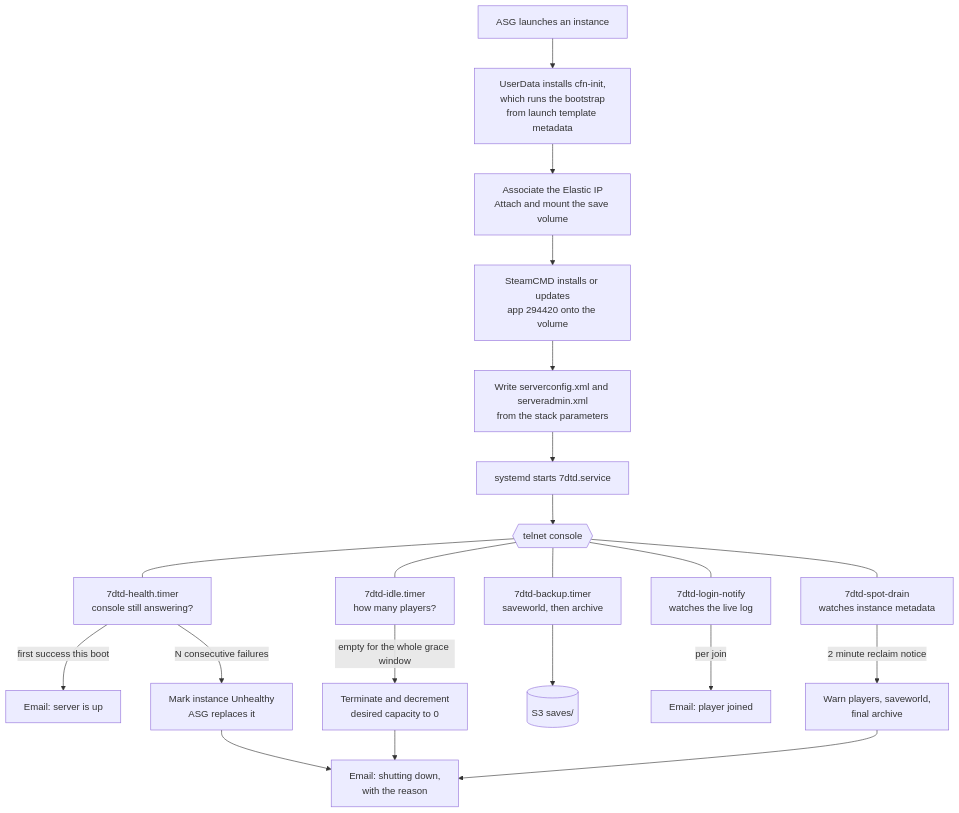
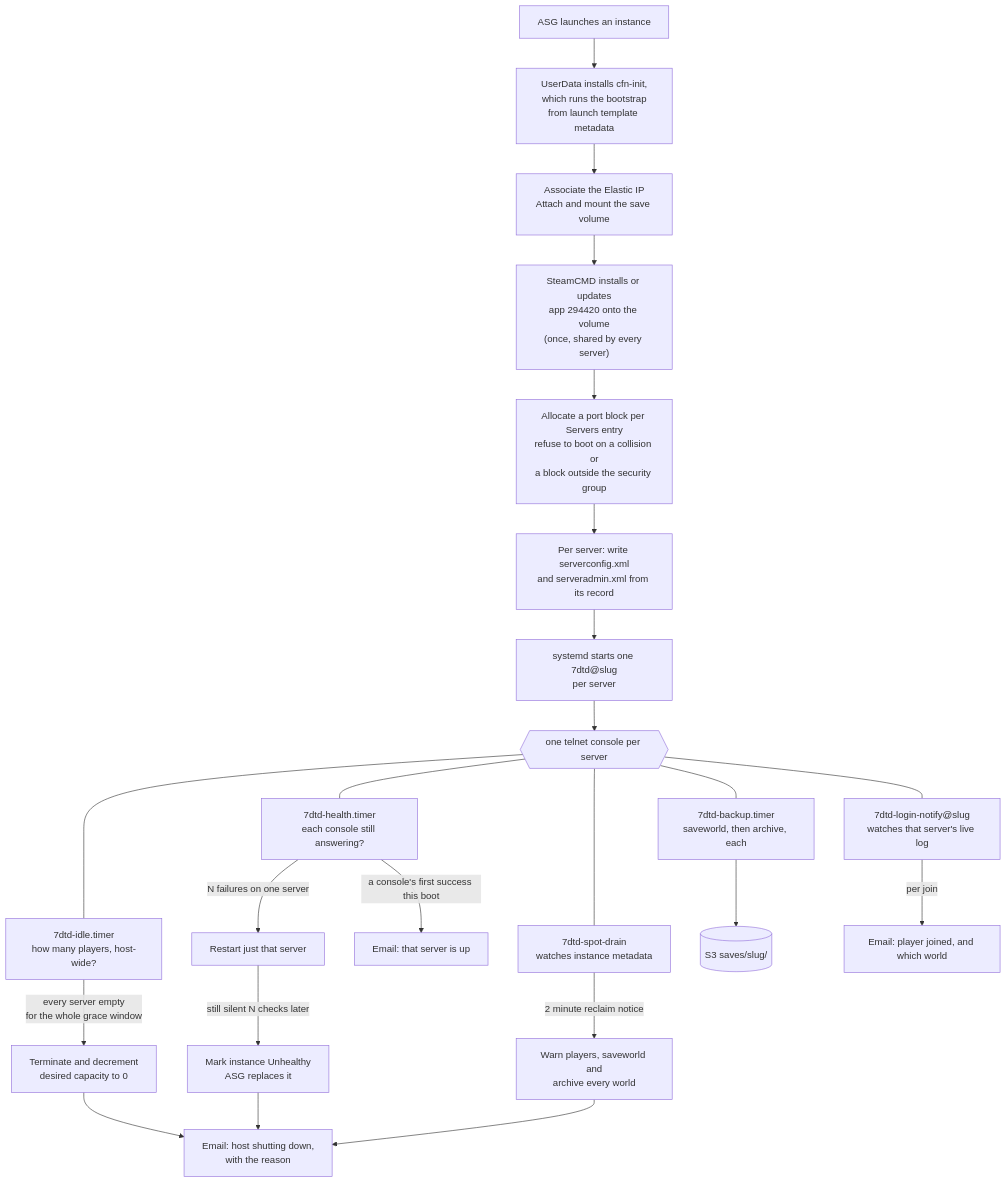
One commit to rupertbg/aws-7days-server changed the second of 2 diagrams in README.md. Above: the diagram before and after it, drawn with Mermaid. The commit also changed other lines of this file and 7 other files, not shown here.

First line of the commit message:
feat: run several dedicated servers on one EC2 instance

````diff
--- a/README.md
+++ b/README.md
@@ -63,25 +69,27 @@
 ```mermaid
 flowchart TB
   boot["ASG launches an instance"] --> init["UserData installs cfn-init,<br/>which runs the bootstrap<br/>from launch template metadata"]
   init --> claim["Associate the Elastic IP<br/>Attach and mount the save volume"]
-  claim --> steam["SteamCMD installs or updates<br/>app 294420 onto the volume"]
-  steam --> cfg["Write serverconfig.xml and serveradmin.xml<br/>from the stack parameters"]
-  cfg --> run["systemd starts 7dtd.service"]
-  run --> console{{"telnet console"}}
+  claim --> steam["SteamCMD installs or updates<br/>app 294420 onto the volume<br/>(once, shared by every server)"]
+  steam --> ports["Allocate a port block per Servers entry<br/>refuse to boot on a collision or<br/>a block outside the security group"]
+  ports --> cfg["Per server: write serverconfig.xml<br/>and serveradmin.xml from its record"]
+  cfg --> run["systemd starts one 7dtd@slug<br/>per server"]
+  run --> console{{"one telnet console per server"}}
 
-  console --- health["7dtd-health.timer<br/>console still answering?"]
-  console --- idle["7dtd-idle.timer<br/>how many players?"]
-  console --- backup["7dtd-backup.timer<br/>saveworld, then archive"]
-  console --- login["7dtd-login-notify<br/>watches the live log"]
+  console --- health["7dtd-health.timer<br/>each console still answering?"]
+  console --- idle["7dtd-idle.timer<br/>how many players, host-wide?"]
+  console --- backup["7dtd-backup.timer<br/>saveworld, then archive, each"]
+  console --- login["7dtd-login-notify@slug<br/>watches that server's live log"]
   console --- spot["7dtd-spot-drain<br/>watches instance metadata"]
 
-  health -->|first success this boot| up["Email: server is up"]
-  health -->|N consecutive failures| unhealthy["Mark instance Unhealthy<br/>ASG replaces it"]
-  idle -->|empty for the whole grace window| zero["Terminate and decrement<br/>desired capacity to 0"]
-  backup --> s3[("S3 saves/")]
-  login -->|per join| joined["Email: player joined"]
-  spot -->|2 minute reclaim notice| drain["Warn players, saveworld,<br/>final archive"]
-  zero --> stopmail["Email: shutting down,<br/>with the reason"]
+  health -->|a console's first success this boot| up["Email: that server is up"]
+  health -->|N failures on one server| restart["Restart just that server"]
+  restart -->|still silent N checks later| unhealthy["Mark instance Unhealthy<br/>ASG replaces it"]
+  idle -->|every server empty<br/>for the whole grace window| zero["Terminate and decrement<br/>desired capacity to 0"]
+  backup --> s3[("S3 saves/slug/")]
+  login -->|per join| joined["Email: player joined, and which world"]
+  spot -->|2 minute reclaim notice| drain["Warn players, saveworld and<br/>archive every world"]
+  zero --> stopmail["Email: host shutting down,<br/>with the reason"]
   unhealthy --> stopmail
   drain --> stopmail
 ```
````
